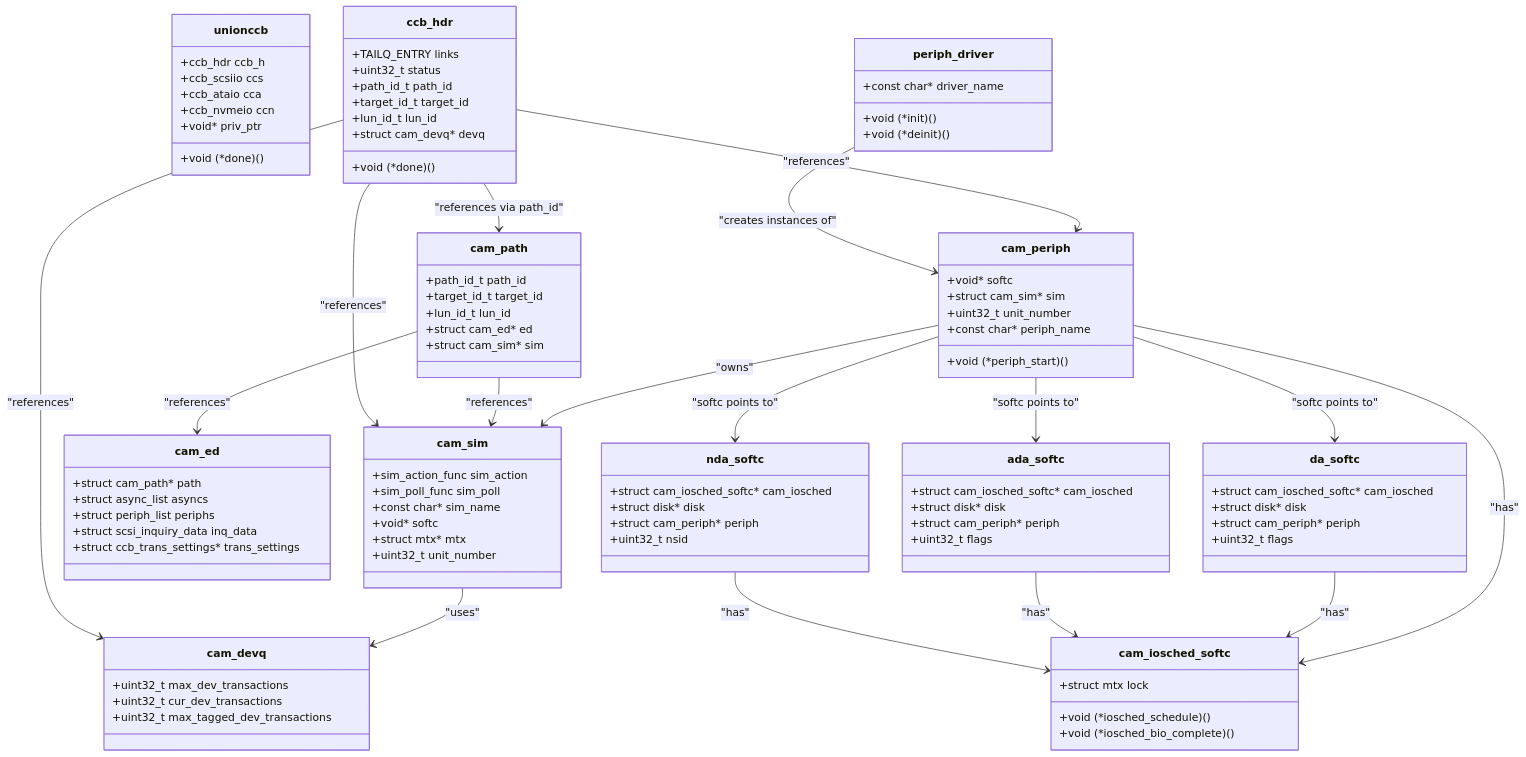
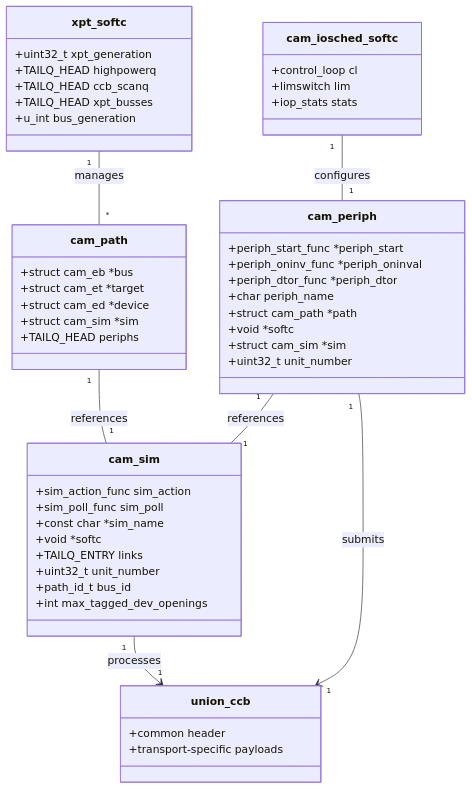
One commit to ocochard/freebsd-src changed the diagram in sys/cam/README.md. Above: the diagram before and after it, drawn with Mermaid. The commit also changed other lines of this file and 26 other files, not shown here.

````diff
--- a/sys/cam/README.md
+++ b/sys/cam/README.md
@@ -506,99 +105,53 @@
 ```mermaid
 classDiagram
-    class union ccb {
-        +ccb_hdr ccb_h
-        +ccb_scsiio ccs
-        +ccb_ataio cca
-        +ccb_nvmeio ccn
-        +void* priv_ptr
-        +void (*done)()
+    class xpt_softc {
+        +uint32_t xpt_generation
+        +TAILQ_HEAD highpowerq
+        +TAILQ_HEAD ccb_scanq
+        +TAILQ_HEAD xpt_busses
+        +u_int bus_generation
     }
-    class ccb_hdr {
-        +TAILQ_ENTRY links
-        +uint32_t status
-        +path_id_t path_id
-        +target_id_t target_id
-        +lun_id_t lun_id
-        +void (*done)()
-        +struct cam_devq* devq
+    class cam_path {
+        +struct cam_eb *bus
+        +struct cam_et *target
+        +struct cam_ed *device
+        +struct cam_sim *sim
+        +TAILQ_HEAD periphs
     }
     class cam_periph {
-        +void (*periph_start)()
-        +void* softc
-        +struct cam_sim* sim
+        +periph_start_func *periph_start
+        +periph_oninv_func *periph_oninval
+        +periph_dtor_func *periph_dtor
+        +char periph_name
+        +struct cam_path *path
+        +void *softc
+        +struct cam_sim *sim
         +uint32_t unit_number
-        +const char* periph_name
     }
     class cam_sim {
         +sim_action_func sim_action
         +sim_poll_func sim_poll
-        +const char* sim_name
-        +void* softc
-        +struct mtx* mtx
+        +const char *sim_name
+        +void *softc
+        +TAILQ_ENTRY links
         +uint32_t unit_number
+        +path_id_t bus_id
+        +int max_tagged_dev_openings
     }
-    class cam_path {
-        +path_id_t path_id
-        +target_id_t target_id
-        +lun_id_t lun_id
-        +struct cam_ed* ed
-        +struct cam_sim* sim
-    }
-    class cam_ed {
-        +struct cam_path* path
-        +struct async_list asyncs
-        +struct periph_list periphs
-        +struct scsi_inquiry_data inq_data
-        +struct ccb_trans_settings* trans_settings
-    }
-    class cam_devq {
-        +uint32_t max_dev_transactions
-        +uint32_t cur_dev_transactions
-        +uint32_t max_tagged_dev_transactions
+    class union_ccb {
+        +common header
+        +transport-specific payloads
     }
     class cam_iosched_softc {
-        +void (*iosched_schedule)()
-        +void (*iosched_bio_complete)()
-        +struct mtx lock
-    }
-    class periph_driver {
-        +void (*init)()
-        +const char* driver_name
-        +void (*deinit)()
-    }
-    class da_softc {
-        +struct cam_iosched_softc* cam_iosched
-        +struct disk* disk
-        +struct cam_periph* periph
-        +uint32_t flags
-    }
-    class ada_softc {
-        +struct cam_iosched_softc* cam_iosched
-        +struct disk* disk
-        +struct cam_periph* periph
-        +uint32_t flags
-    }
-    class nda_softc {
-        +struct cam_iosched_softc* cam_iosched
-        +struct disk* disk
-        +struct cam_periph* periph
-        +uint32_t nsid
+        +control_loop cl
+        +limswitch lim
+        +iop_stats stats
     }
 
-    cam_periph --> cam_sim : "owns"
-    cam_periph --> da_softc : "softc points to"
-    cam_periph --> ada_softc : "softc points to"
-    cam_periph --> nda_softc : "softc points to"
-    cam_path --> cam_ed : "references"
-    cam_path --> cam_sim : "references"
-    cam_sim --> cam_devq : "uses"
-    cam_periph --> cam_iosched_softc : "has"
-    da_softc --> cam_iosched_softc : "has"
-    ada_softc --> cam_iosched_softc : "has"
-    nda_softc --> cam_iosched_softc : "has"
-    ccb_hdr --> cam_path : "references via path_id"
-    ccb_hdr --> cam_periph : "references"
-    ccb_hdr --> cam_sim : "references"
-    ccb_hdr --> cam_devq : "references"
-    periph_driver --> cam_periph : "creates instances of"
+    xpt_softc "1" -- "*" cam_path : manages
+    cam_path "1" -- "1" cam_sim : references
+    cam_periph "1" -- "1" cam_sim : references
+    cam_periph "1" --> "1" union_ccb : submits
+    cam_sim "1" --> "1" union_ccb : processes
+    cam_iosched_softc "1" -- "1" cam_periph : configures
 ```
````
